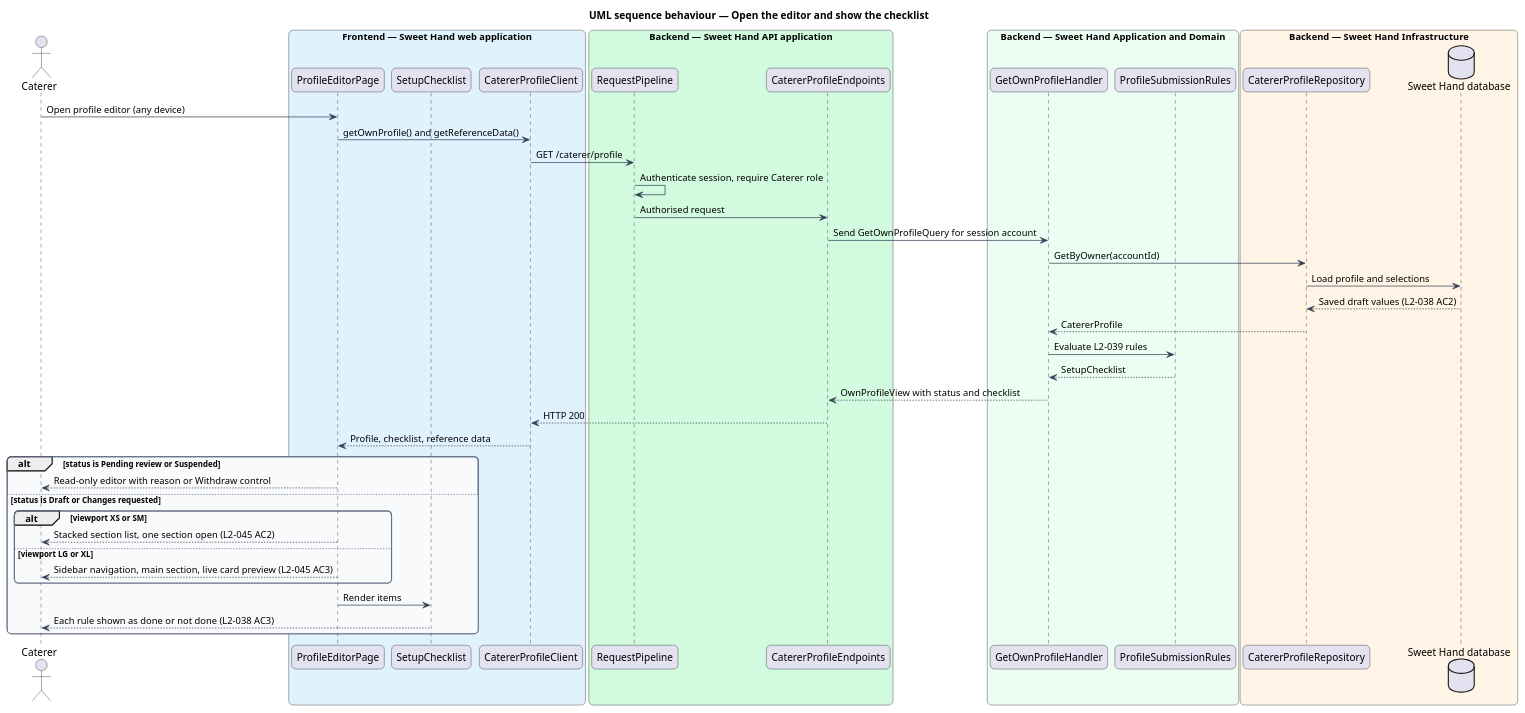
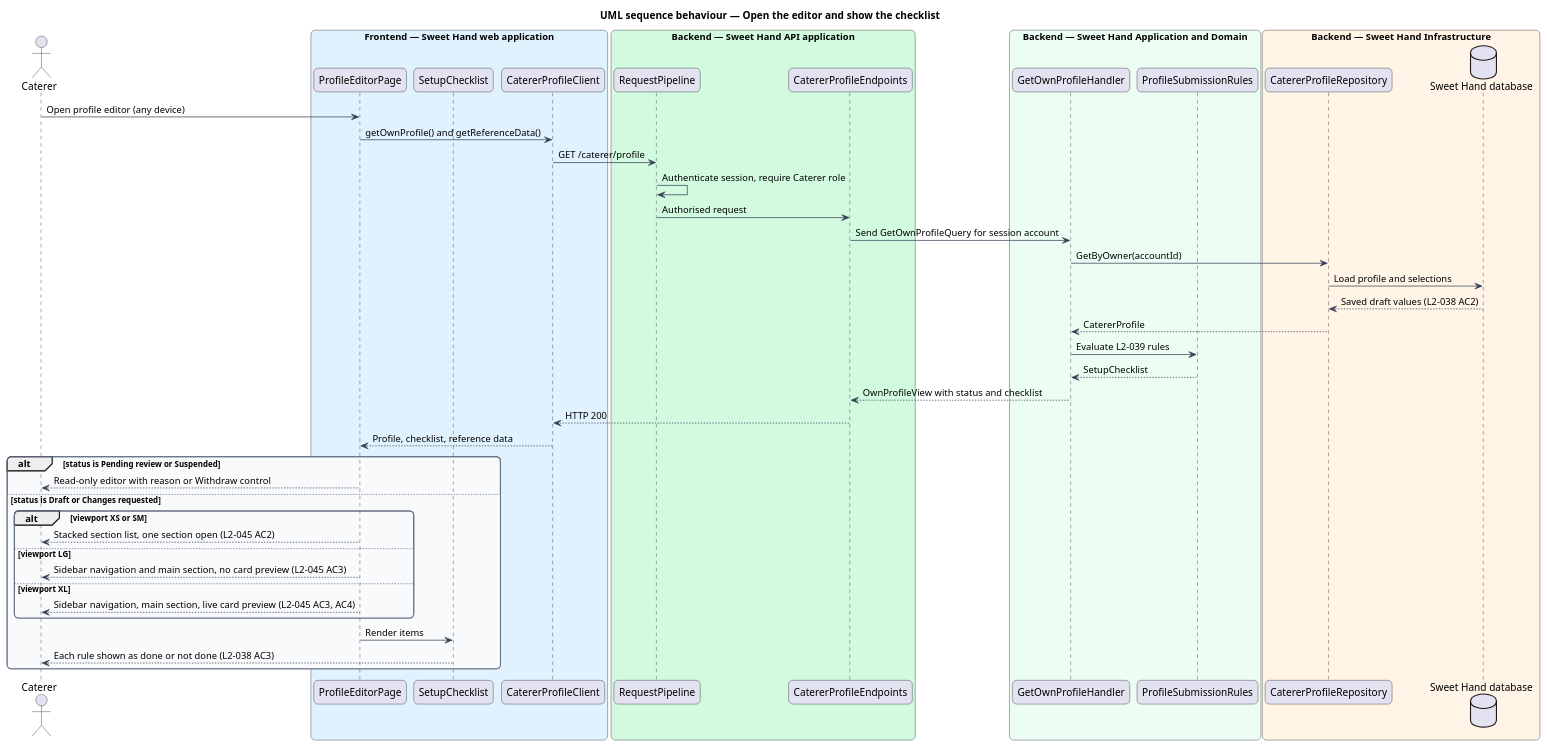
Before and after one commit to QuinntyneBrown/sweet-hand: the diagram in docs/detailed-designs/caterer-profiles/set-up-profile/diagrams/sequence-open-editor.puml, drawn with PlantUML. The commit also changed 58 other files, not shown here.

```diff
--- a/docs/detailed-designs/caterer-profiles/set-up-profile/diagrams/sequence-open-editor.puml
+++ b/docs/detailed-designs/caterer-profiles/set-up-profile/diagrams/sequence-open-editor.puml
@@ -1,62 +1,64 @@
 @startuml
 title UML sequence behaviour — Open the editor and show the checklist
 skinparam backgroundColor #FFFFFF
 skinparam shadowing false
 skinparam roundcorner 12
 skinparam defaultFontName Arial
 skinparam ArrowColor #344054
 skinparam rectangle {
   BorderColor #344054
   FontColor #101828
 }
 skinparam package {
   BorderColor #667085
   FontColor #101828
   BackgroundColor #F9FAFB
 }
 actor "Caterer" as actor
 box "Frontend — Sweet Hand web application" #E0F2FE
   participant "ProfileEditorPage" as page
   participant "SetupChecklist" as checklist
   participant "CatererProfileClient" as client
 end box
 box "Backend — Sweet Hand API application" #D1FADF
   participant "RequestPipeline" as pipeline
   participant "CatererProfileEndpoints" as endpoints
 end box
 box "Backend — Sweet Hand Application and Domain" #ECFDF3
   participant "GetOwnProfileHandler" as handler
   participant "ProfileSubmissionRules" as rules
 end box
 box "Backend — Sweet Hand Infrastructure" #FFF4E5
   participant "CatererProfileRepository" as repo
   database "Sweet Hand database" as db
 end box
 
 actor -> page : Open profile editor (any device)
 page -> client : getOwnProfile() and getReferenceData()
 client -> pipeline : GET /caterer/profile
 pipeline -> pipeline : Authenticate session, require Caterer role
 pipeline -> endpoints : Authorised request
 endpoints -> handler : Send GetOwnProfileQuery for session account
 handler -> repo : GetByOwner(accountId)
 repo -> db : Load profile and selections
 db --> repo : Saved draft values (L2-038 AC2)
 repo --> handler : CatererProfile
 handler -> rules : Evaluate L2-039 rules
 rules --> handler : SetupChecklist
 handler --> endpoints : OwnProfileView with status and checklist
 endpoints --> client : HTTP 200
 client --> page : Profile, checklist, reference data
 alt status is Pending review or Suspended
   page --> actor : Read-only editor with reason or Withdraw control
 else status is Draft or Changes requested
   alt viewport XS or SM
     page --> actor : Stacked section list, one section open (L2-045 AC2)
-  else viewport LG or XL
-    page --> actor : Sidebar navigation, main section, live card preview (L2-045 AC3)
+  else viewport LG
+    page --> actor : Sidebar navigation and main section, no card preview (L2-045 AC3)
+  else viewport XL
+    page --> actor : Sidebar navigation, main section, live card preview (L2-045 AC3, AC4)
   end
   page -> checklist : Render items
   checklist --> actor : Each rule shown as done or not done (L2-038 AC3)
 end
 @enduml
```
